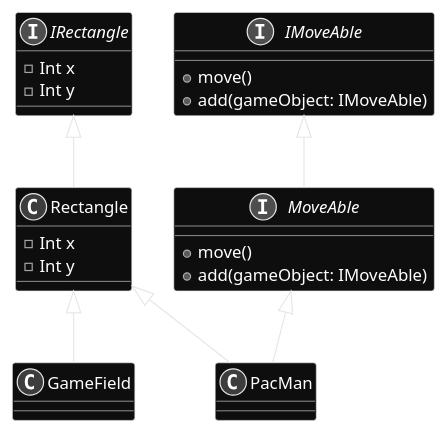
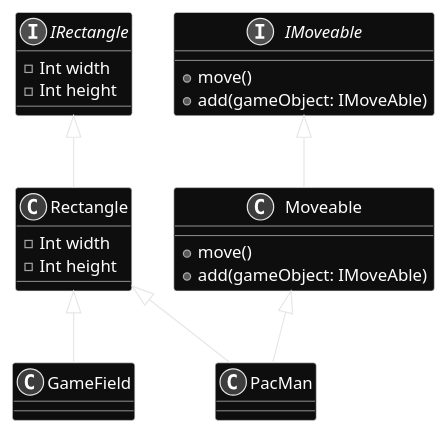
The first of 3 diagrams in kotlin_presentation/src/main/kotlin/de/tfr/slides/delegation/plant-uml.pu (TobseF/Kotlin-1.4-In-Action), drawn with PlantUML before and after one commit. The commit also changed other lines of this file, not shown here.

Commit message:
📝 Update PlantUML diagram for delegation example

```diff
--- a/kotlin_presentation/src/main/kotlin/de/tfr/slides/delegation/plant-uml.pu
+++ b/kotlin_presentation/src/main/kotlin/de/tfr/slides/delegation/plant-uml.pu
@@ -1,34 +1,34 @@
 @startuml
 skinparam backgroundcolor transparent
 skinparam monochrome reverse
 skinparam shadowing false
 
 
 interface IRectangle {
-  -Int x
-  -Int y
+  -Int width
+  -Int height
 }
 
 class Rectangle {
-  -Int x
-  -Int y
+  -Int width
+  -Int height
 }
 
-interface IMoveAble {
+interface IMoveable {
     + move()
     + add(gameObject: IMoveAble)
 }
 
-interface MoveAble {
+class Moveable {
     + move()
     + add(gameObject: IMoveAble)
 }
 
 
-IMoveAble <|-- MoveAble
+IMoveable <|-- Moveable
 IRectangle <|-- Rectangle
 Rectangle <|-- GameField
 Rectangle <|-- PacMan
-MoveAble <|-- PacMan
+Moveable <|-- PacMan
 
 @enduml
```
